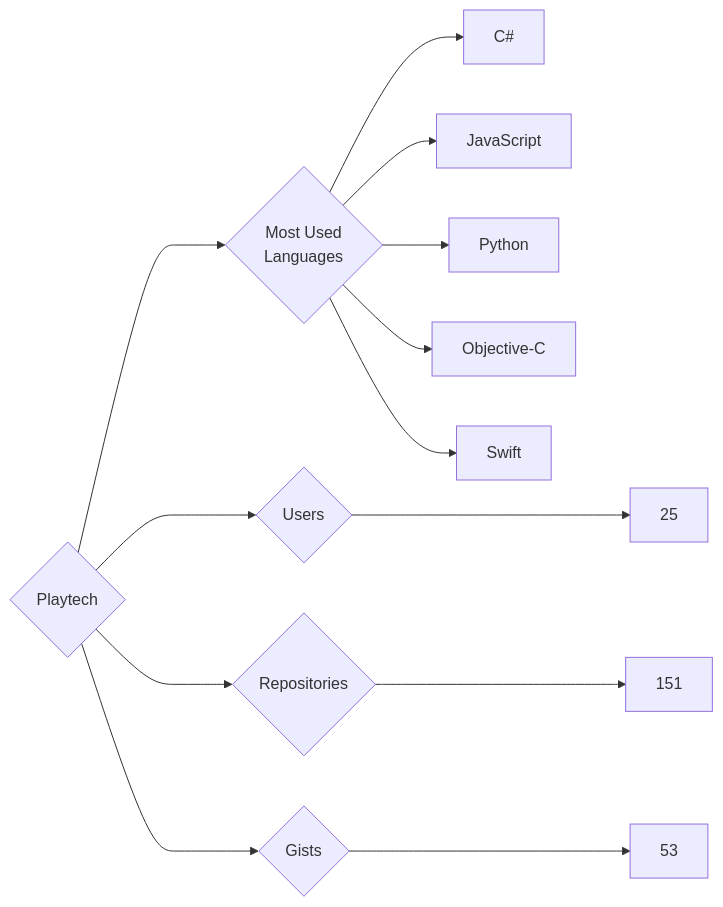
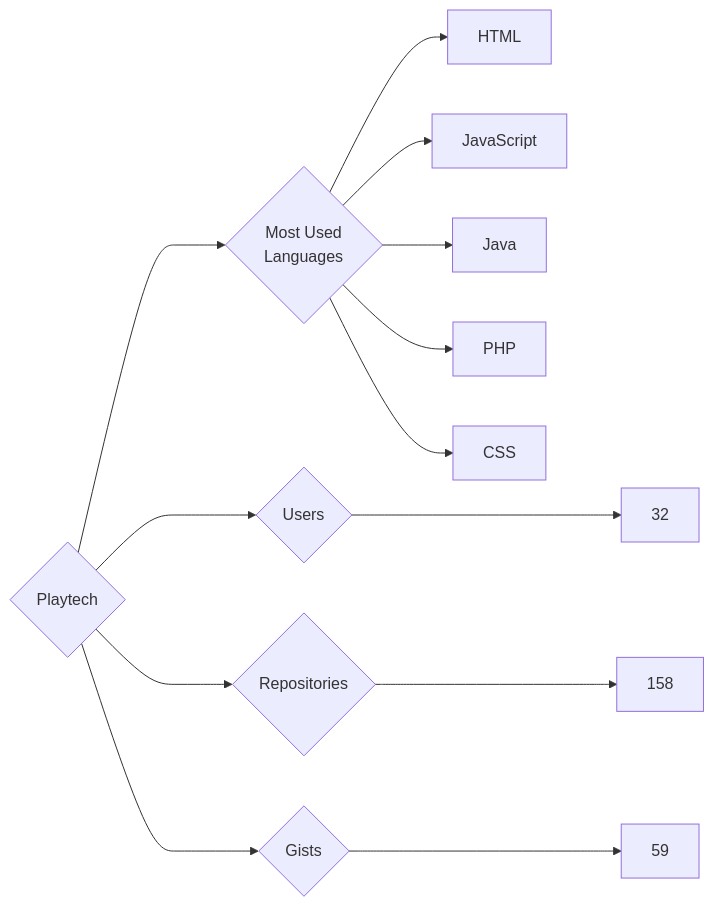
One commit to trickest/insiders changed the diagram in targets/Playtech/README.md. Above: the diagram before and after it, drawn with Mermaid. The commit also changed 748 other files, not shown here.

````diff
--- a/targets/Playtech/README.md
+++ b/targets/Playtech/README.md
@@ -3,13 +3,13 @@
 ```mermaid
 graph LR
 COMPANY_NAME{Playtech}
-COMPANY_NAME ---> U{Users} ---> UN[25]
-COMPANY_NAME ---> R{Repositories} ---> RN[151]
-COMPANY_NAME ---> G{Gists} ---> GN[53]
+COMPANY_NAME ---> U{Users} ---> UN[32]
+COMPANY_NAME ---> R{Repositories} ---> RN[158]
+COMPANY_NAME ---> G{Gists} ---> GN[59]
 COMPANY_NAME ---> ML{Most Used<br>Languages}
-ML --> C#[C#]
+ML --> HTML[HTML]
 ML --> JavaScript[JavaScript]
-ML --> Python[Python]
-ML --> Objective-C[Objective-C]
-ML --> Swift[Swift]
+ML --> Java[Java]
+ML --> PHP[PHP]
+ML --> CSS[CSS]
 ```
````
